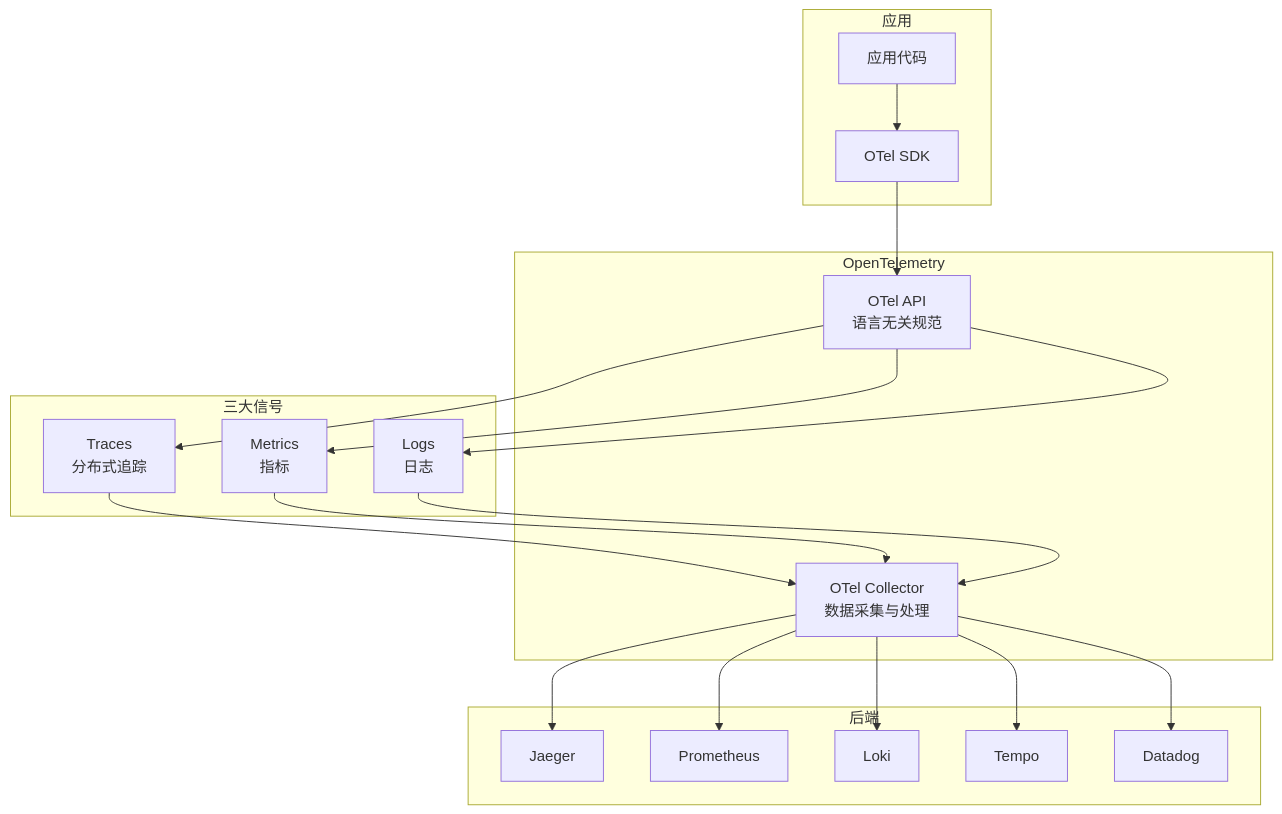
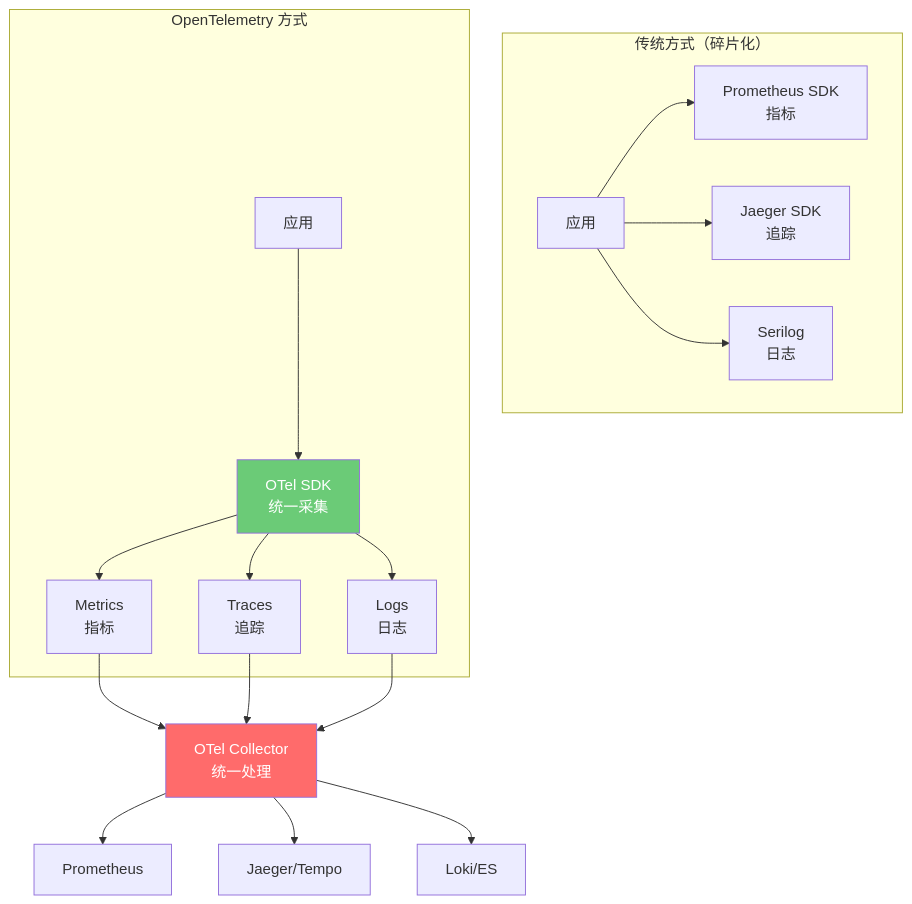
Before and after one commit to moklgydocs/moklgydocs.github.io: the seventh of 11 diagrams in src/运维与部署/Docker_K8s/08_云原生生态/03_云原生工具链.md, drawn with Mermaid. The commit also changed other lines of this file and 1 other file, not shown here.

````diff
--- a/src/运维与部署/Docker_K8s/08_云原生生态/03_云原生工具链.md
+++ b/src/运维与部署/Docker_K8s/08_云原生生态/03_云原生工具链.md
@@ -630,40 +849,26 @@
 ```mermaid
-flowchart TB
-    subgraph 应用
-        SDK["OTel SDK"]
-        App["应用代码"]
+graph TB
+    subgraph "传统方式（碎片化）"
+        APP1["应用"] --> PROM_SDK["Prometheus SDK<br/>指标"]
+        APP1 --> JAEGER_SDK["Jaeger SDK<br/>追踪"]
+        APP1 --> SERILOG["Serilog<br/>日志"]
     end
 
-    subgraph OTel["OpenTelemetry"]
-        API["OTel API<br/>语言无关规范"]
-        Collector["OTel Collector<br/>数据采集与处理"]
+    subgraph "OpenTelemetry 方式"
+        APP2["应用"] --> OTEL_SDK["OTel SDK<br/>统一采集"]
+        OTEL_SDK --> METRIC["Metrics<br/>指标"]
+        OTEL_SDK --> TRACE["Traces<br/>追踪"]
+        OTEL_SDK --> LOG["Logs<br/>日志"]
     end
 
-    subgraph 三大信号
-        Traces["Traces<br/>分布式追踪"]
-        Metrics["Metrics<br/>指标"]
-        Logs["Logs<br/>日志"]
-    end
+    METRIC --> COLLECTOR["OTel Collector<br/>统一处理"]
+    TRACE --> COLLECTOR
+    LOG --> COLLECTOR
 
-    subgraph 后端
-        Jaeger["Jaeger"]
-        Prometheus["Prometheus"]
-        Loki["Loki"]
-        Tempo["Tempo"]
-        Datadog["Datadog"]
-    end
+    COLLECTOR --> PROM["Prometheus"]
+    COLLECTOR --> JAEGER["Jaeger/Tempo"]
+    COLLECTOR --> LOKI["Loki/ES"]
 
-    App --> SDK
-    SDK --> API
-    API --> Traces
-    API --> Metrics
-    API --> Logs
-    Traces --> Collector
-    Metrics --> Collector
-    Logs --> Collector
-    Collector --> Jaeger
-    Collector --> Prometheus
-    Collector --> Loki
-    Collector --> Tempo
-    Collector --> Datadog
+    style OTEL_SDK fill:#6bcb77,color:#fff
+    style COLLECTOR fill:#ff6b6b,color:#fff
 ```
````
